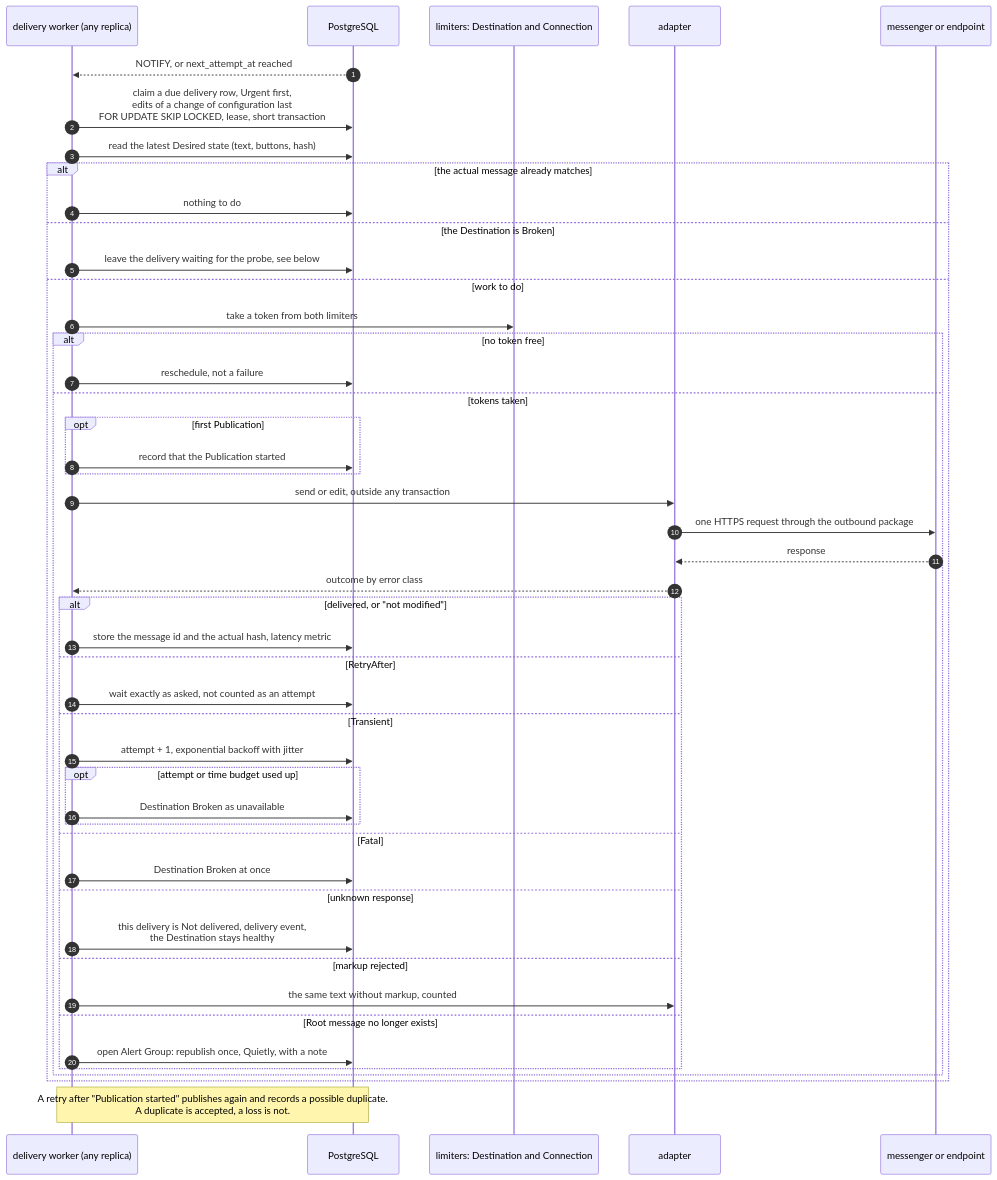
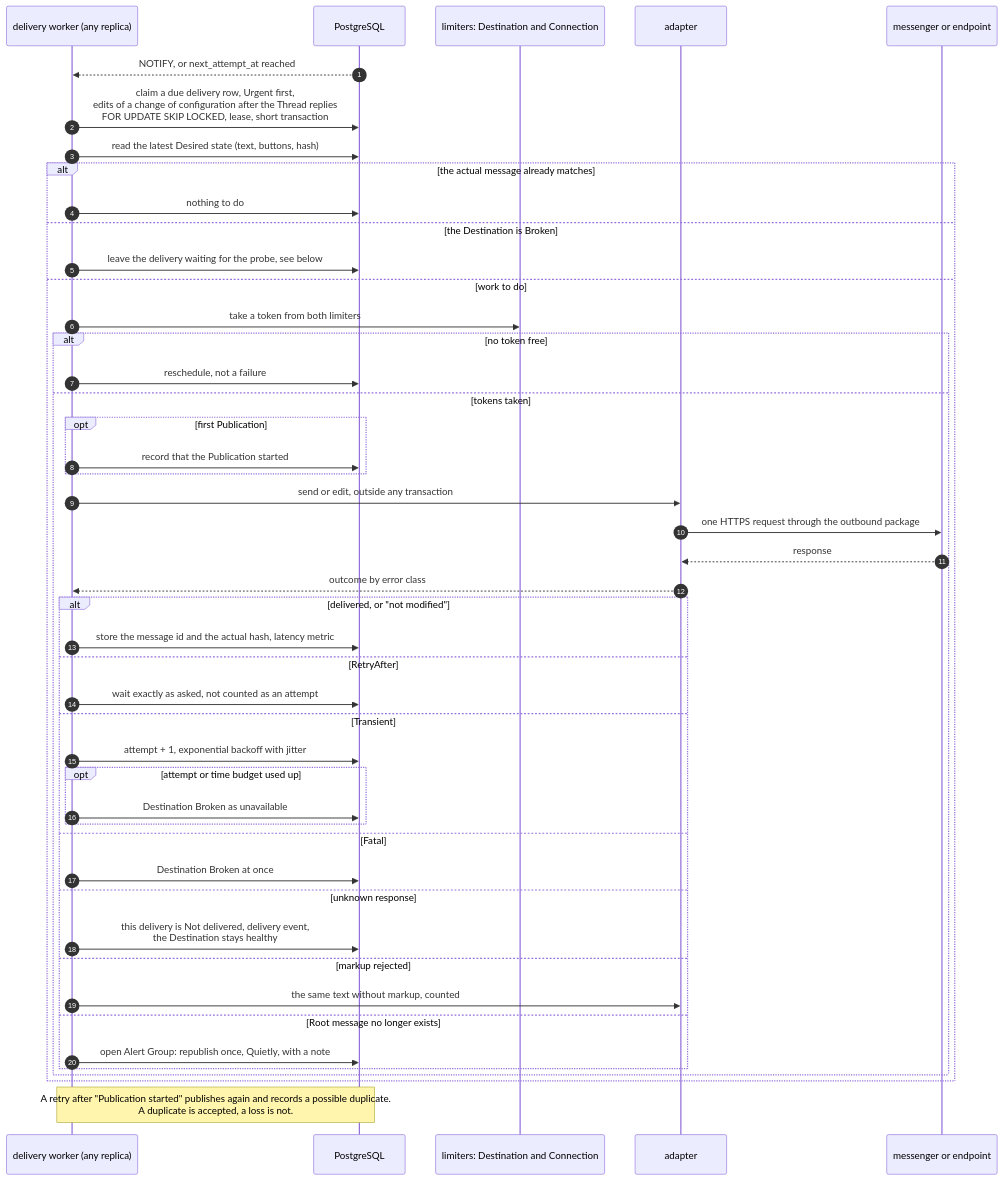
One commit to muster-io/muster changed diagram 13 of 29 in design/architecture.md. Above: the diagram before and after it, drawn with Mermaid. The commit also changed other lines of this file and 11 other files, not shown here.

Commit message:
fix(delivery): claim thread replies ahead of configuration edits

````diff
--- a/design/architecture.md
+++ b/design/architecture.md
@@ -846,50 +848,50 @@
 ```mermaid
 sequenceDiagram
     autonumber
     participant DW as delivery worker (any replica)
     participant DB as PostgreSQL
     participant LM as limiters: Destination and Connection
     participant AD as adapter
     participant MS as messenger or endpoint
 
     DB-->>DW: NOTIFY, or next_attempt_at reached
-    DW->>DB: claim a due delivery row, Urgent first,<br/>edits of a change of configuration last<br/>FOR UPDATE SKIP LOCKED, lease, short transaction
+    DW->>DB: claim a due delivery row, Urgent first,<br/>edits of a change of configuration after the Thread replies<br/>FOR UPDATE SKIP LOCKED, lease, short transaction
     DW->>DB: read the latest Desired state (text, buttons, hash)
     alt the actual message already matches
         DW->>DB: nothing to do
     else the Destination is Broken
         DW->>DB: leave the delivery waiting for the probe, see below
     else work to do
         DW->>LM: take a token from both limiters
         alt no token free
             DW->>DB: reschedule, not a failure
         else tokens taken
             opt first Publication
                 DW->>DB: record that the Publication started
             end
             DW->>AD: send or edit, outside any transaction
             AD->>MS: one HTTPS request through the outbound package
             MS-->>AD: response
             AD-->>DW: outcome by error class
             alt delivered, or "not modified"
                 DW->>DB: store the message id and the actual hash, latency metric
             else RetryAfter
                 DW->>DB: wait exactly as asked, not counted as an attempt
             else Transient
                 DW->>DB: attempt + 1, exponential backoff with jitter
                 opt attempt or time budget used up
                     DW->>DB: Destination Broken as unavailable
                 end
             else Fatal
                 DW->>DB: Destination Broken at once
             else unknown response
                 DW->>DB: this delivery is Not delivered, delivery event,<br/>the Destination stays healthy
             else markup rejected
                 DW->>AD: the same text without markup, counted
             else Root message no longer exists
                 DW->>DB: open Alert Group: republish once, Quietly, with a note
             end
         end
     end
     Note over DW,DB: A retry after "Publication started" publishes again and records a possible duplicate.<br/>A duplicate is accepted, a loss is not.
 ```
````
